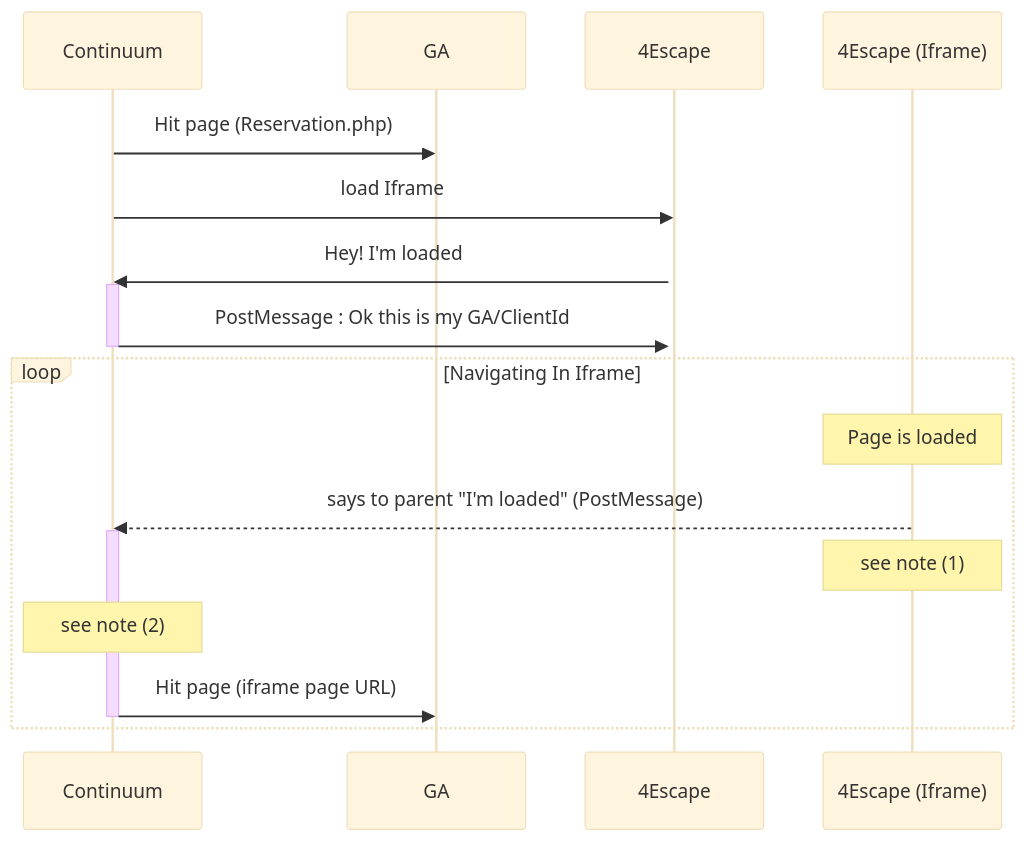
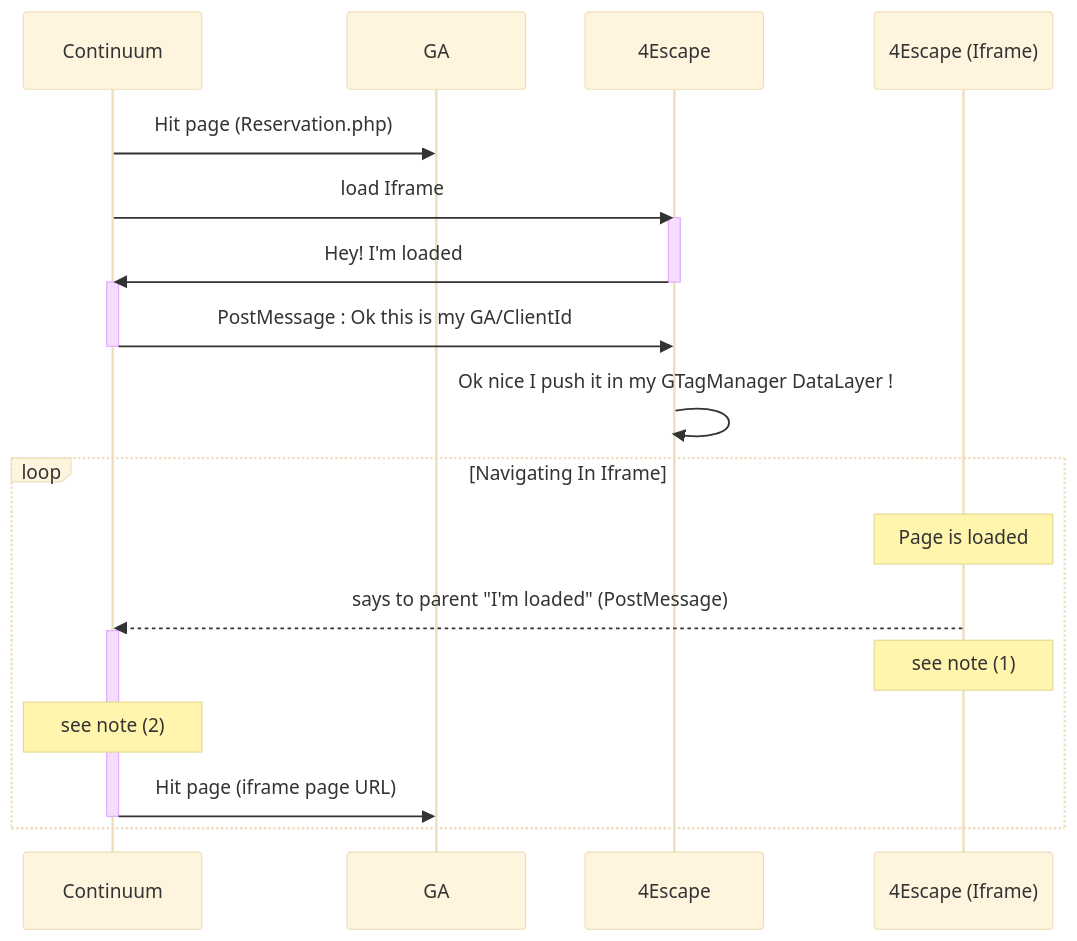
Before and after one commit to NansPellicari/stackEdit: the diagram in doc/continuum/ClientId.md, drawn with Mermaid (base theme). The commit also changed other lines of this file, not shown here.

Commit message:
doc/continuum/ClientId.md updated from https://stackedit.io/

````diff
--- a/doc/continuum/ClientId.md
+++ b/doc/continuum/ClientId.md
@@ -16,30 +16,33 @@
 ```mermaid
 
 sequenceDiagram
 
 Continuum->>GA: Hit page (Reservation.php)
 
 Continuum->>4Escape: load Iframe
 activate 4Escape
 4Escape->>Continuum: Hey! I'm loaded
+deactivate 4Escape
 activate Continuum
 Continuum->>4Escape: PostMessage : Ok this is my GA/ClientId
 deactivate Continuum
+4Escape->>4Escape: Ok nice I push it in my GTagManager DataLayer !
+
 loop Navigating In Iframe
 
 Note over 4Escape (Iframe): Page is loaded
 
 4Escape (Iframe)-->>Continuum: says to parent "I'm loaded" (PostMessage)
 
 activate Continuum
 
 Note over 4Escape (Iframe): see note (1)
 
 Note over Continuum: see note (2)
 
 Continuum->>GA: Hit page (iframe page URL)
 
 deactivate Continuum
 
 end
 ```
````
